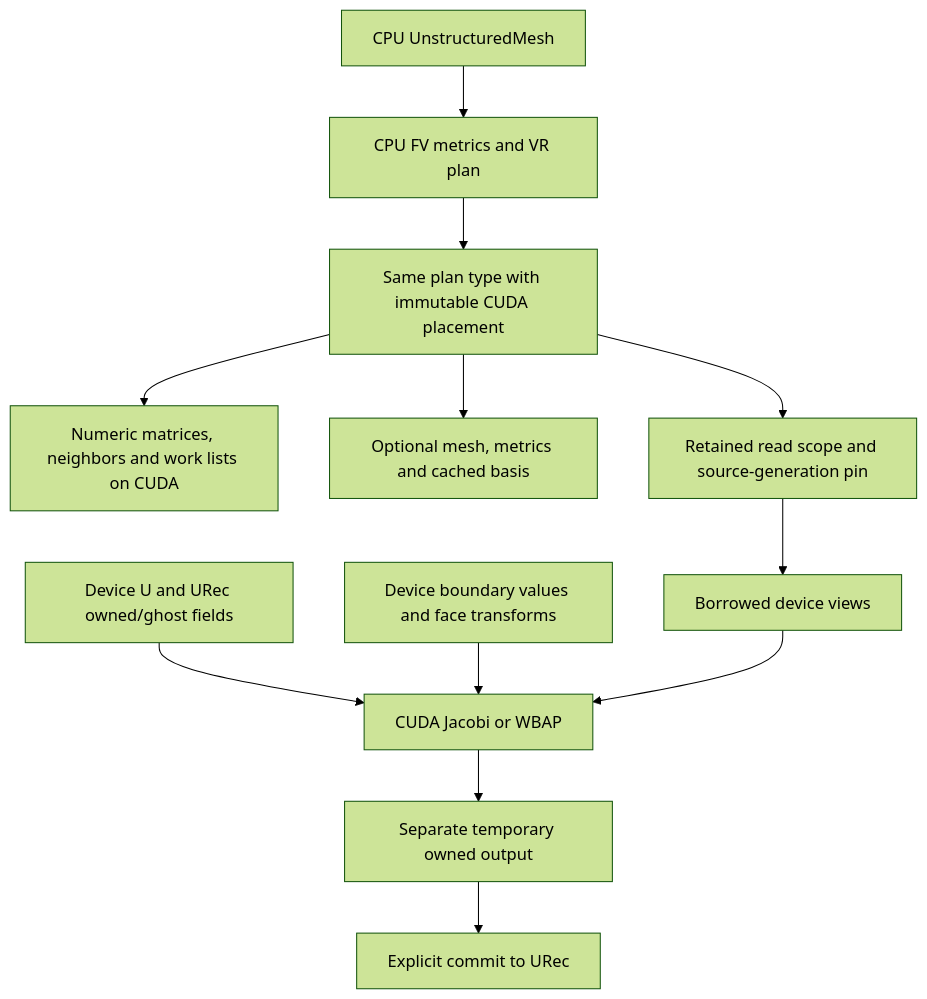
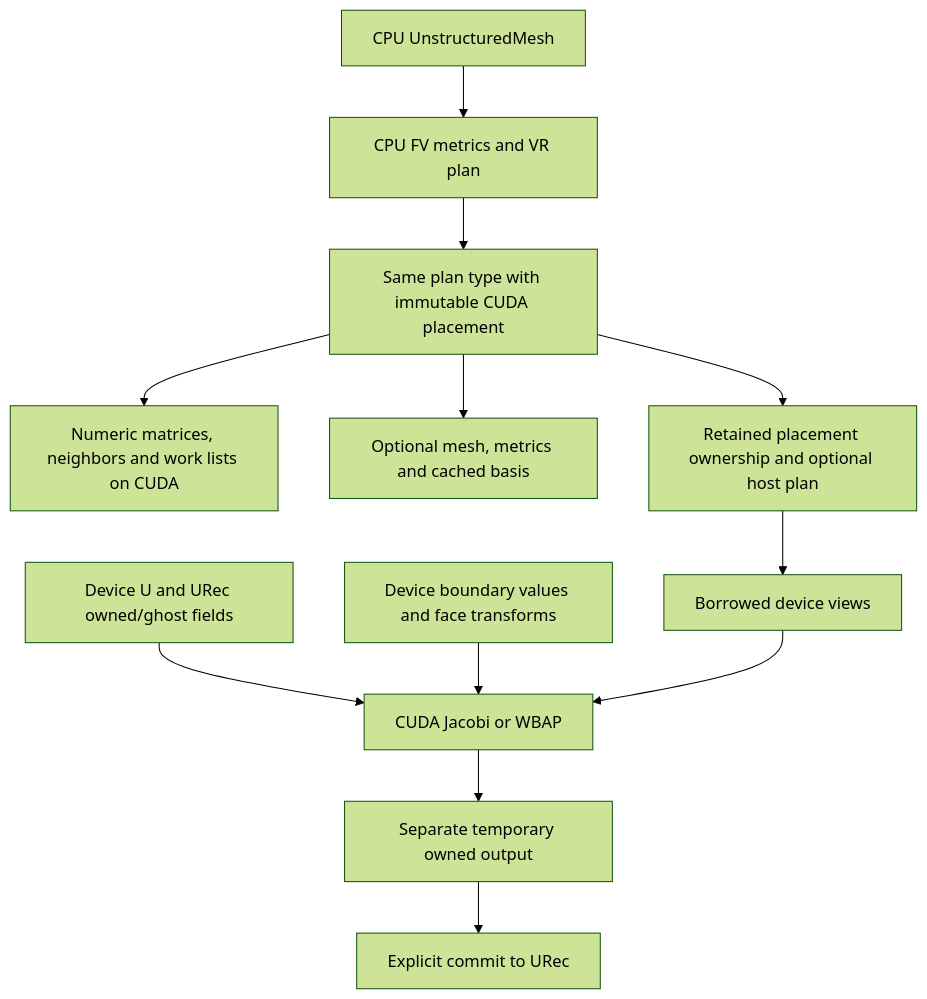
Before and after one commit to harryzhou2000/DNDSR: the diagram in docs/architecture/DeviceReconstruction.md, drawn with Mermaid (forest theme). The commit also changed other lines of this file and 7 other files, not shown here.

````diff
--- a/docs/architecture/DeviceReconstruction.md
+++ b/docs/architecture/DeviceReconstruction.md
@@ -10,14 +10,14 @@
 ```mermaid
 flowchart TD
     M[CPU UnstructuredMesh] --> F[CPU FV metrics and VR plan]
     F --> P[Same plan type with immutable CUDA placement]
     P --> N[Numeric matrices, neighbors and work lists on CUDA]
     P --> X[Optional mesh, metrics and cached basis]
-    P --> R[Retained read scope and source-generation pin]
+    P --> R[Retained placement ownership and optional host plan]
     R --> V[Borrowed device views]
     U[Device U and URec owned/ghost fields] --> K[CUDA Jacobi or WBAP]
     B[Device boundary values and face transforms] --> K
     V --> K
     K --> T[Separate temporary owned output]
     T --> C[Explicit commit to URec]
 ```
````
